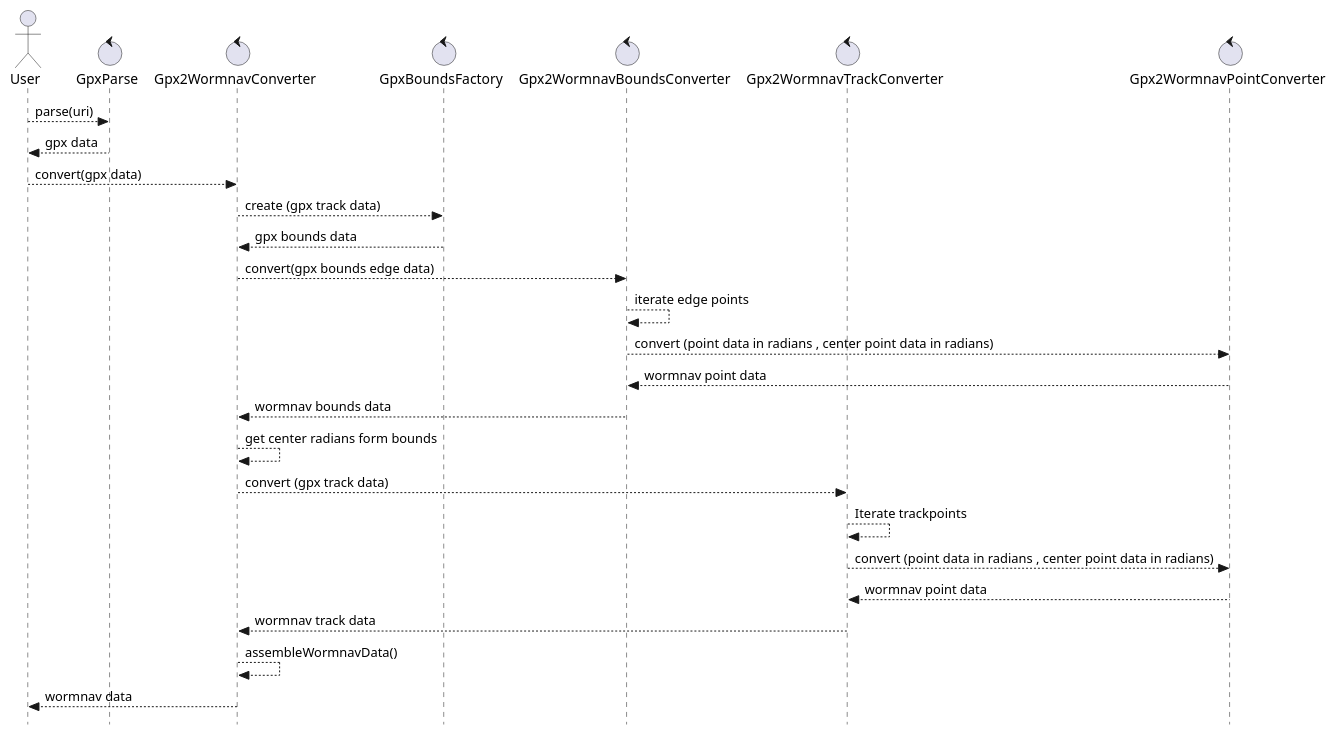
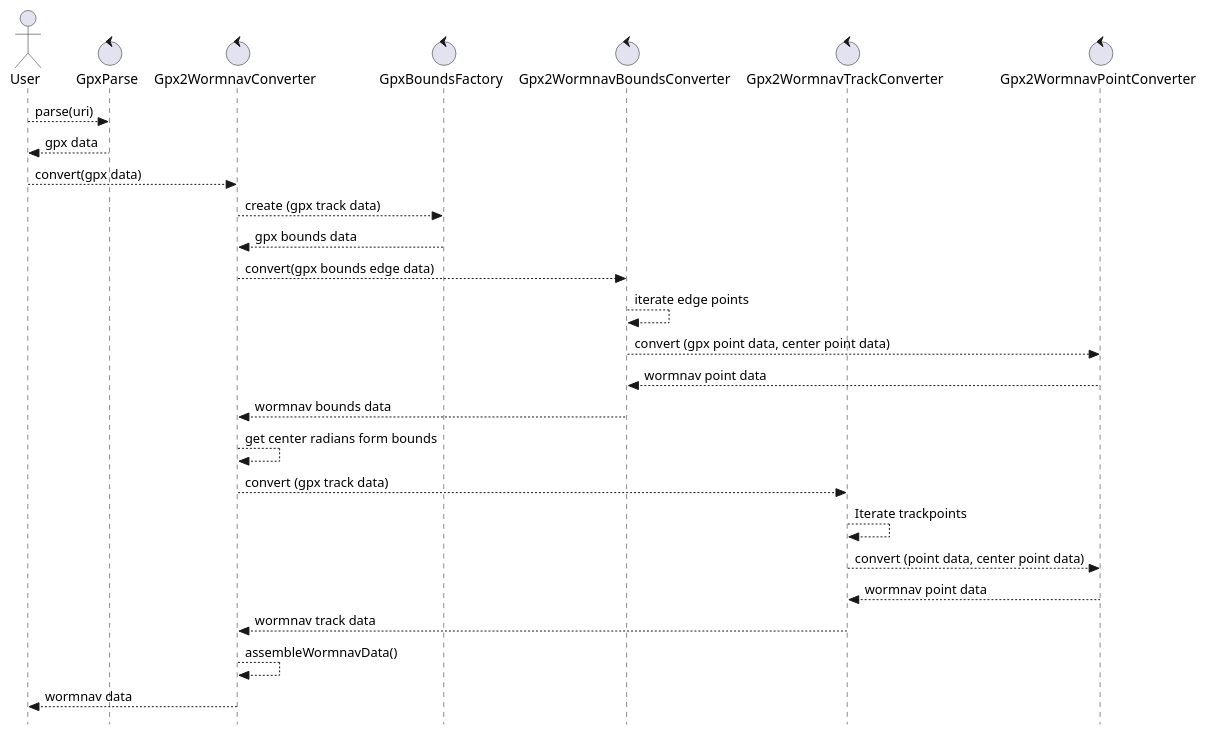
Before and after one commit to the-old-dev/track-transform-server: the diagram in doc/gpx-2-wormnacv-convertion.plantuml, drawn with PlantUML. The commit also changed 12 other files, not shown here.

```diff
--- a/doc/gpx-2-wormnacv-convertion.plantuml
+++ b/doc/gpx-2-wormnacv-convertion.plantuml
@@ -1,37 +1,37 @@
 @startuml
 
 skinparam style strictuml
 
 actor User
 control GpxParse
 control Gpx2WormnavConverter
 control GpxBoundsFactory
 control Gpx2WormnavBoundsConverter
 control Gpx2WormnavTrackConverter
 control Gpx2WormnavPointConverter
 
 User --> GpxParse : parse(uri)
 GpxParse --> User : gpx data
 User --> Gpx2WormnavConverter : convert(gpx data)
 
 Gpx2WormnavConverter --> GpxBoundsFactory : create (gpx track data)
 GpxBoundsFactory --> Gpx2WormnavConverter : gpx bounds data
 
 Gpx2WormnavConverter --> Gpx2WormnavBoundsConverter : convert(gpx bounds edge data)
 Gpx2WormnavBoundsConverter --> Gpx2WormnavBoundsConverter : iterate edge points
-Gpx2WormnavBoundsConverter --> Gpx2WormnavPointConverter : convert (point data in radians , center point data in radians)
+Gpx2WormnavBoundsConverter --> Gpx2WormnavPointConverter : convert (gpx point data, center point data)
 Gpx2WormnavPointConverter --> Gpx2WormnavBoundsConverter : wormnav point data
 Gpx2WormnavBoundsConverter --> Gpx2WormnavConverter : wormnav bounds data
 
 Gpx2WormnavConverter --> Gpx2WormnavConverter : get center radians form bounds
 
 Gpx2WormnavConverter --> Gpx2WormnavTrackConverter : convert (gpx track data)
 Gpx2WormnavTrackConverter --> Gpx2WormnavTrackConverter : Iterate trackpoints
-Gpx2WormnavTrackConverter --> Gpx2WormnavPointConverter : convert (point data in radians , center point data in radians)
+Gpx2WormnavTrackConverter --> Gpx2WormnavPointConverter : convert (point data, center point data)
 Gpx2WormnavPointConverter --> Gpx2WormnavTrackConverter : wormnav point data
 Gpx2WormnavTrackConverter --> Gpx2WormnavConverter : wormnav track data
 
 Gpx2WormnavConverter --> Gpx2WormnavConverter : assembleWormnavData()
 Gpx2WormnavConverter --> User : wormnav data
 
 @enduml
```
